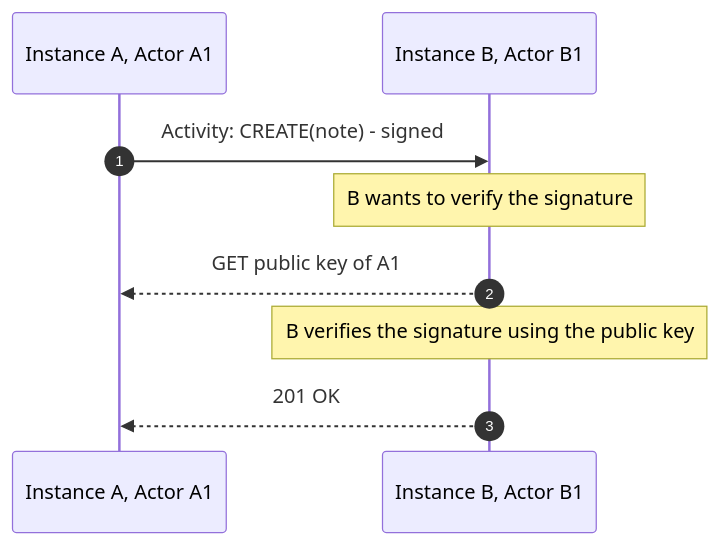
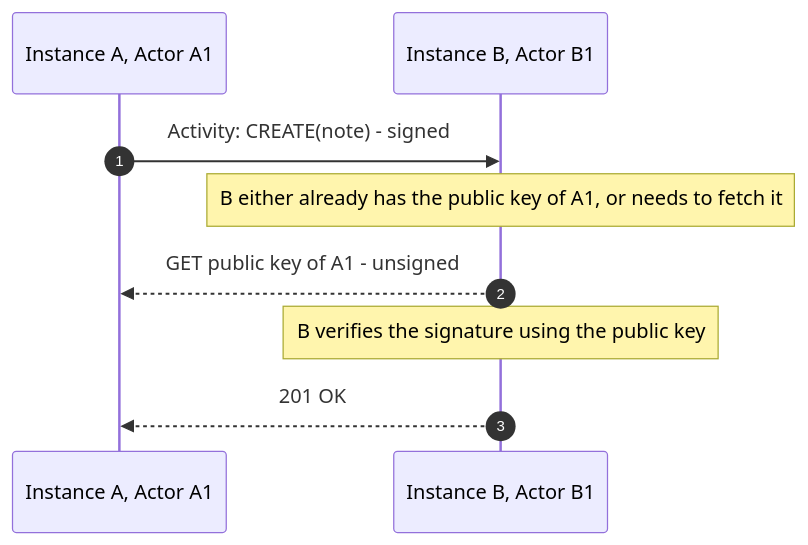
The eighth of 8 diagrams in slides.md (maybeanerd/iu-tech-talk), drawn with Mermaid before and after one commit. The commit also changed other lines of this file, not shown here.

````diff
--- a/slides.md
+++ b/slides.md
@@ -639,13 +657,13 @@
 ```mermaid
 sequenceDiagram
   autonumber
   participant A as Instance A, Actor A1
   participant B as Instance B, Actor B1
 
   A->>B: Activity: CREATE(note) - signed
-  Note over B: B wants to verify the signature
-  B-->>A: GET public key of A1
+  Note over B: B either already has the public key of A1, or needs to fetch it
+  B-->>A: GET public key of A1 - unsigned
   Note over B: B verifies the signature using the public key
   B-->>A: 201 OK
 
 ```
````
